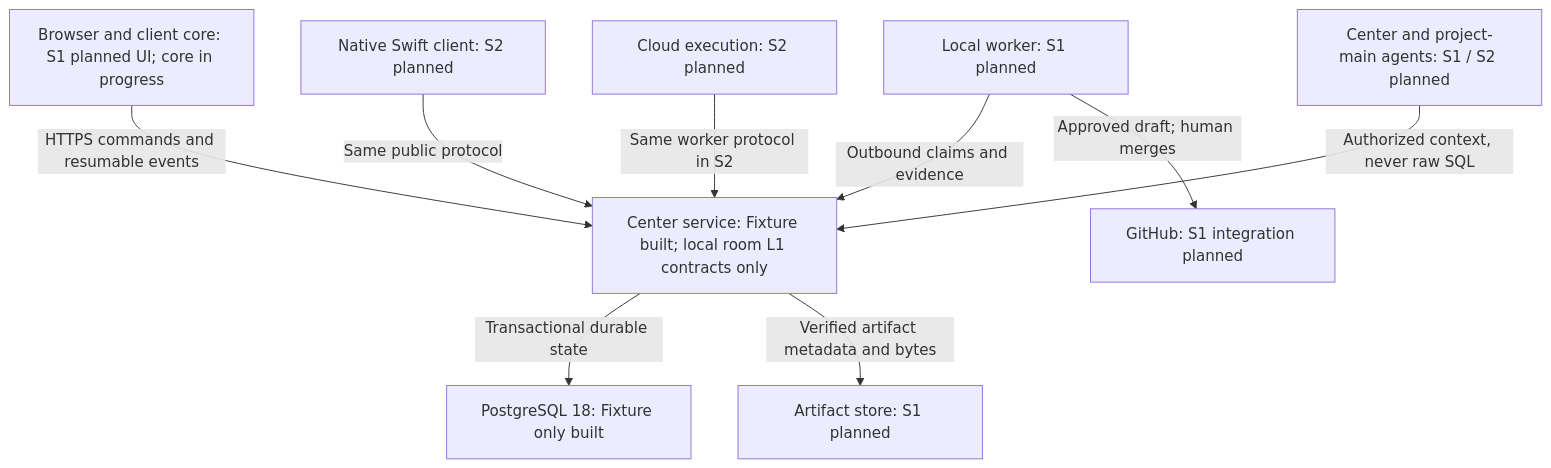
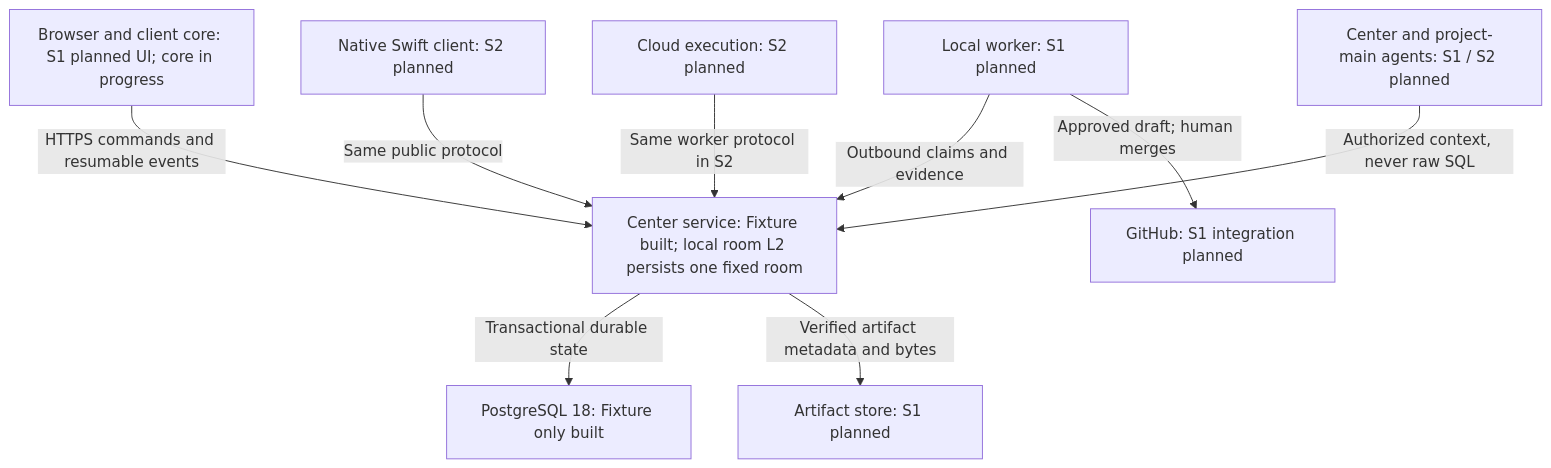
One commit to tayler-id/agent-team-workspace changed the first of 2 diagrams in docs/site/progress.md. Above: the diagram before and after it, drawn with Mermaid. The commit also changed other lines of this file and 42 other files, not shown here.

````diff
--- a/docs/site/progress.md
+++ b/docs/site/progress.md
@@ -19,20 +19,20 @@
 ```mermaid
 flowchart TD
   browser["Browser and client core: S1 planned UI; core in progress"]
-  center["Center service: Fixture built; local room L1 contracts only"]
+  center["Center service: Fixture built; local room L2 persists one fixed room"]
   postgres["PostgreSQL 18: Fixture only built"]
   artifacts["Artifact store: S1 planned"]
   local["Local worker: S1 planned"]
   cloud["Cloud execution: S2 planned"]
   github["GitHub: S1 integration planned"]
   agents["Center and project-main agents: S1 / S2 planned"]
   native["Native Swift client: S2 planned"]
   browser -->|HTTPS commands and resumable events| center
   native -->|Same public protocol| center
   center -->|Transactional durable state| postgres
   center -->|Verified artifact metadata and bytes| artifacts
   local -->|Outbound claims and evidence| center
   cloud -->|Same worker protocol in S2| center
   local -->|Approved draft; human merges| github
   agents -->|Authorized context, never raw SQL| center
 ```
````
